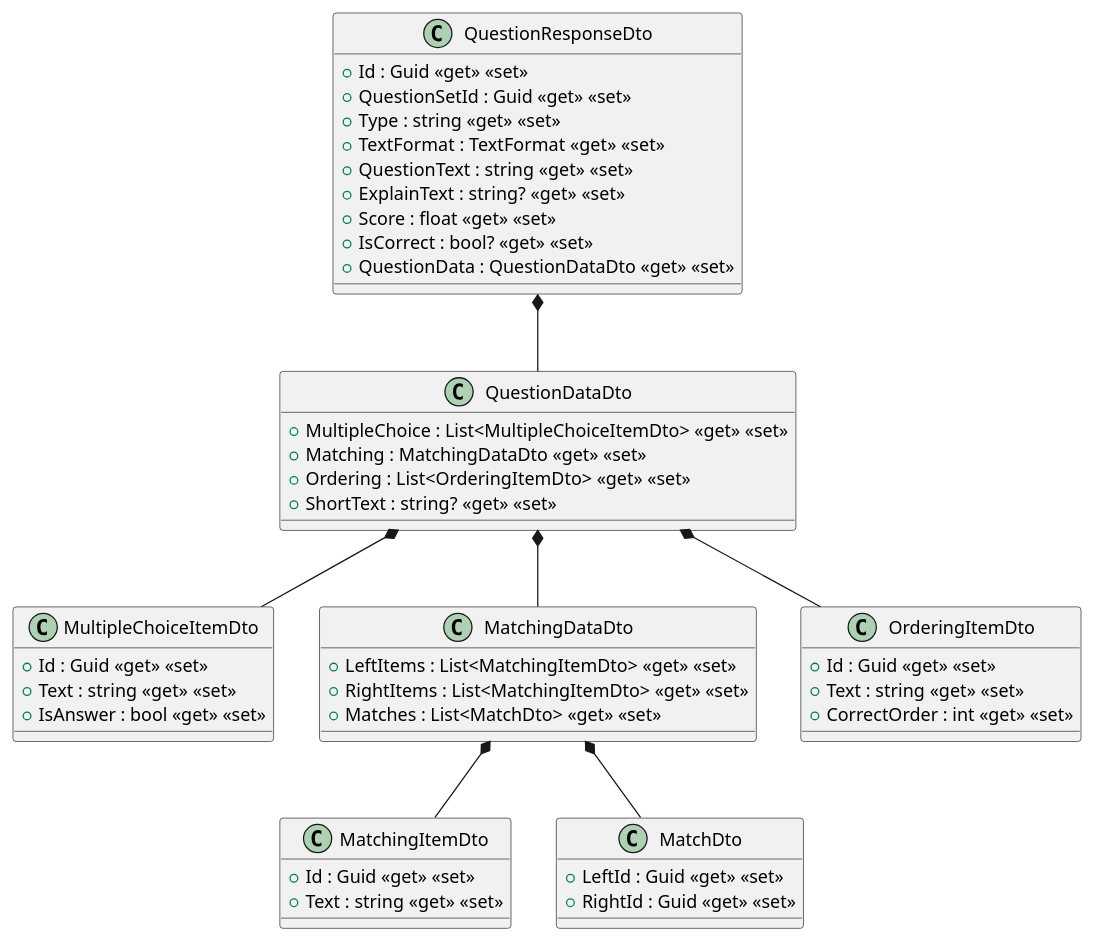
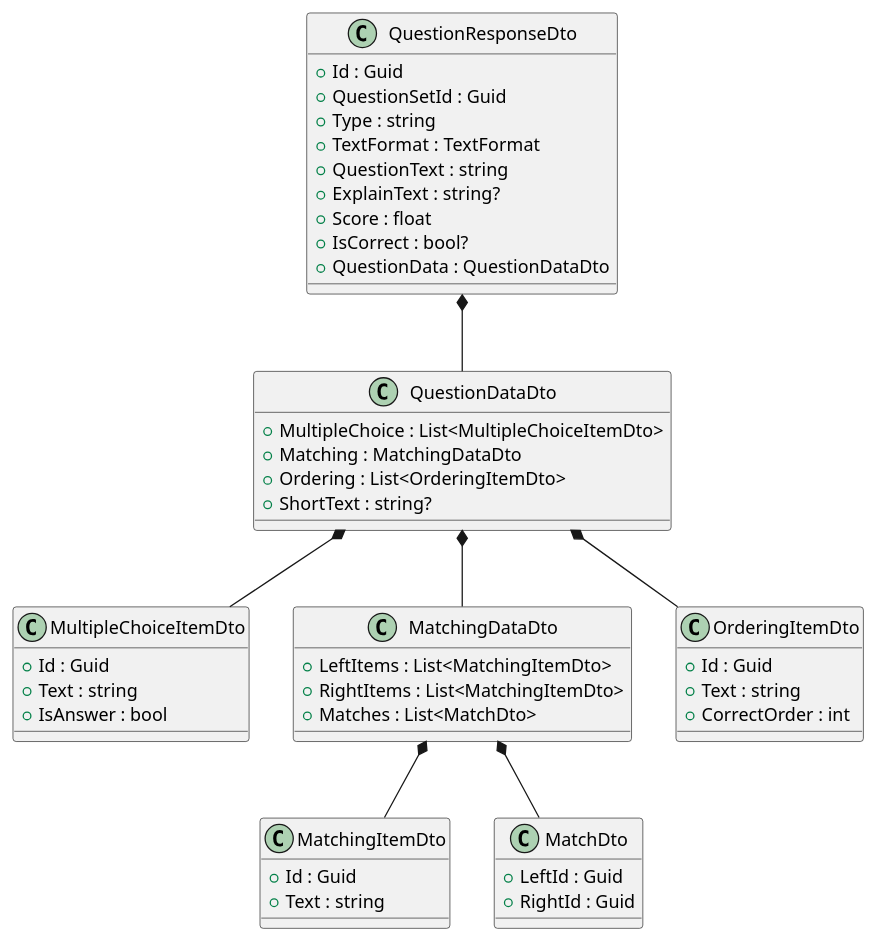
One commit to thanhkhac/SEP_Diagram changed the diagram in QuestionSets/Dtos/QuestionResponseDto.puml. Above: the diagram before and after it, drawn with PlantUML. The commit also changed 99 other files, not shown here.

Commit message:
Remove C# property stereotypes from PlantUML files

```diff
--- a/QuestionSets/Dtos/QuestionResponseDto.puml
+++ b/QuestionSets/Dtos/QuestionResponseDto.puml
@@ -1,48 +1,48 @@
 @startuml
 class QuestionResponseDto {
-    + Id : Guid <<get>> <<set>>
-    + QuestionSetId : Guid <<get>> <<set>>
-    + Type : string <<get>> <<set>>
-    + TextFormat : TextFormat <<get>> <<set>>
-    + QuestionText : string <<get>> <<set>>
-    + ExplainText : string? <<get>> <<set>>
-    + Score : float <<get>> <<set>>
-    + IsCorrect : bool? <<get>> <<set>>
-    + QuestionData : QuestionDataDto <<get>> <<set>>
+    + Id : Guid
+    + QuestionSetId : Guid
+    + Type : string
+    + TextFormat : TextFormat
+    + QuestionText : string
+    + ExplainText : string?
+    + Score : float
+    + IsCorrect : bool?
+    + QuestionData : QuestionDataDto
 }
 class QuestionDataDto {
-    + MultipleChoice : List<MultipleChoiceItemDto> <<get>> <<set>>
-    + Matching : MatchingDataDto <<get>> <<set>>
-    + Ordering : List<OrderingItemDto> <<get>> <<set>>
-    + ShortText : string? <<get>> <<set>>
+    + MultipleChoice : List<MultipleChoiceItemDto>
+    + Matching : MatchingDataDto
+    + Ordering : List<OrderingItemDto>
+    + ShortText : string?
 }
 class MultipleChoiceItemDto {
-    + Id : Guid <<get>> <<set>>
-    + Text : string <<get>> <<set>>
-    + IsAnswer : bool <<get>> <<set>>
+    + Id : Guid
+    + Text : string
+    + IsAnswer : bool
 }
 class MatchingDataDto {
-    + LeftItems : List<MatchingItemDto> <<get>> <<set>>
-    + RightItems : List<MatchingItemDto> <<get>> <<set>>
-    + Matches : List<MatchDto> <<get>> <<set>>
+    + LeftItems : List<MatchingItemDto>
+    + RightItems : List<MatchingItemDto>
+    + Matches : List<MatchDto>
 }
 class MatchingItemDto {
-    + Id : Guid <<get>> <<set>>
-    + Text : string <<get>> <<set>>
+    + Id : Guid
+    + Text : string
 }
 class MatchDto {
-    + LeftId : Guid <<get>> <<set>>
-    + RightId : Guid <<get>> <<set>>
+    + LeftId : Guid
+    + RightId : Guid
 }
 class OrderingItemDto {
-    + Id : Guid <<get>> <<set>>
-    + Text : string <<get>> <<set>>
-    + CorrectOrder : int <<get>> <<set>>
+    + Id : Guid
+    + Text : string
+    + CorrectOrder : int
 }
 QuestionResponseDto *-- QuestionDataDto
 QuestionDataDto *-- MultipleChoiceItemDto
 QuestionDataDto *-- MatchingDataDto
 QuestionDataDto *-- OrderingItemDto
 MatchingDataDto *-- MatchingItemDto
 MatchingDataDto *-- MatchDto
 @enduml 
```
